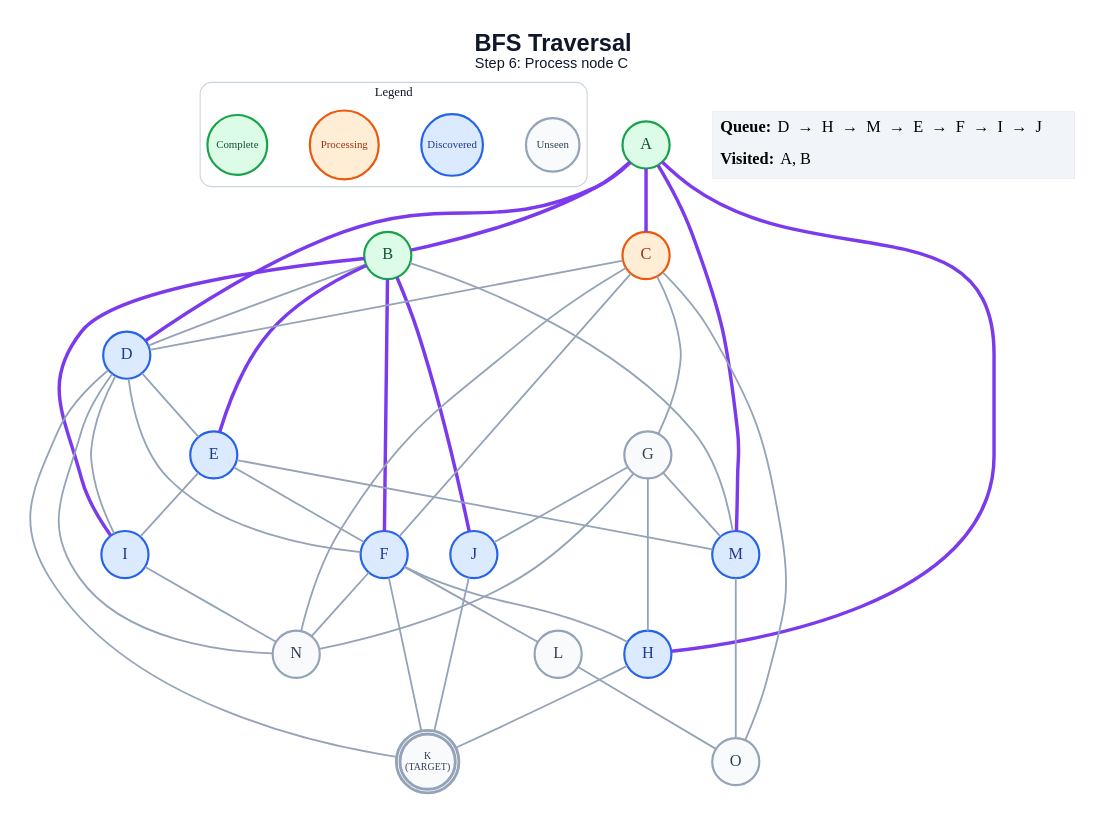
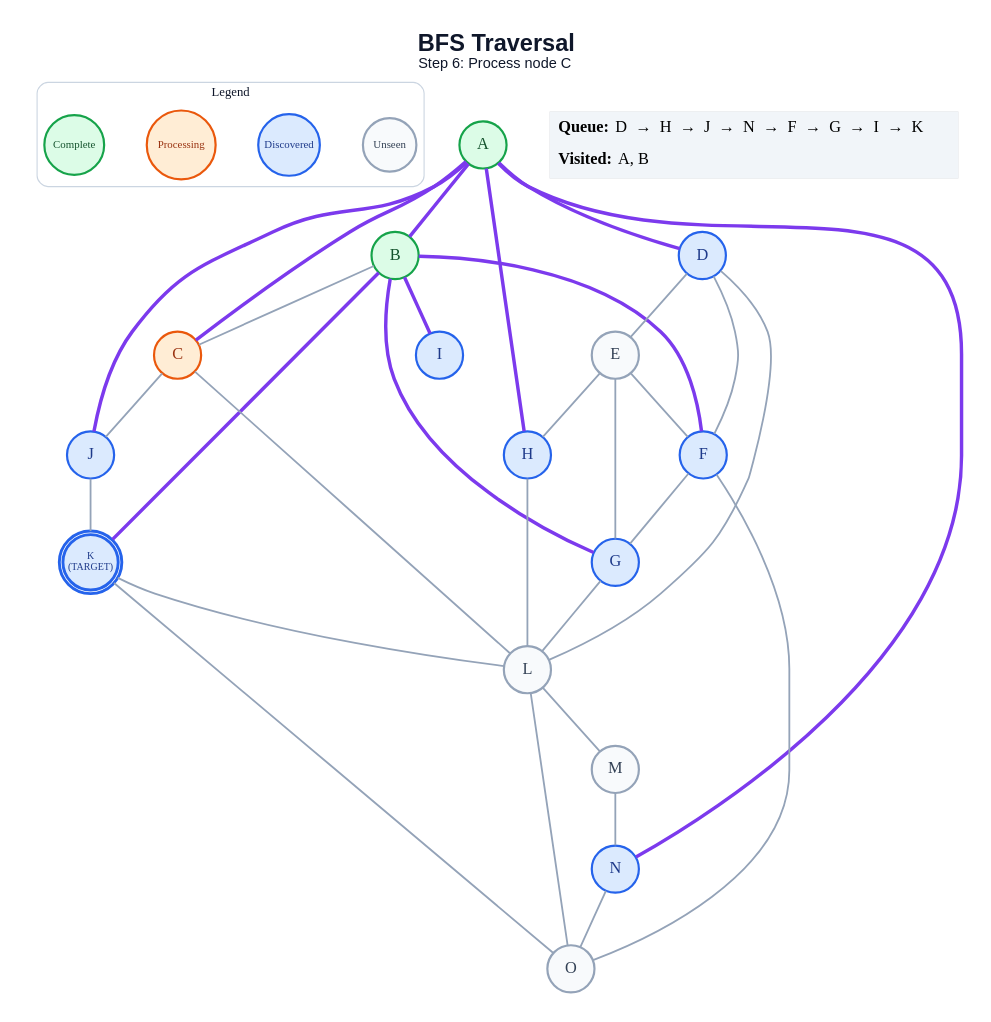
Before and after one commit to anon7238593-create/ai-slop: the diagram in generated/specific-node/bfs/step_06.dot, drawn with Graphviz. The commit also changed 265 other files, not shown here.

```diff
--- a/generated/specific-node/bfs/step_06.dot
+++ b/generated/specific-node/bfs/step_06.dot
@@ -1,71 +1,64 @@
 graph traversal {
   graph [layout=dot, rankdir=TB, bgcolor="#FFFFFF", pad="0.35", nodesep="0.65", ranksep="0.8", fontname="Arial"];
   node [shape=circle, style="filled", fontname="Arial Bold", fontsize=18, width=0.72, fixedsize=true, penwidth=2.4];
   edge [color="#94A3B8", penwidth=2.0];
   label=<<B>BFS Traversal</B><BR/><FONT POINT-SIZE="16">Step 6: Process node C</FONT>>; labelloc="t"; fontsize=26; fontname="Arial"; fontcolor="#0F172A";
   subgraph cluster_legend { label="Legend"; color="#CBD5E1"; penwidth=1.2; style="rounded"; fontsize=14; fontname="Arial Bold";
     key_unseen [label="Unseen", fillcolor="#F8FAFC", color="#94A3B8", fontcolor="#334155", fontsize=12, width=0.82];
     key_frontier [label="Discovered", fillcolor="#DBEAFE", color="#2563EB", fontcolor="#1E3A8A", fontsize=12, width=0.95];
     key_current [label="Processing", fillcolor="#FFEDD5", color="#EA580C", fontcolor="#9A3412", fontsize=12, width=1.05];
     key_done [label="Complete", fillcolor="#DCFCE7", color="#16A34A", fontcolor="#14532D", fontsize=12, width=0.92];
     { rank=same; key_unseen; key_frontier; key_current; key_done; }
   }
   A [label="A", fillcolor="#DCFCE7", color="#16A34A", fontcolor="#14532D", peripheries=1, penwidth=2.4];
   B [label="B", fillcolor="#DCFCE7", color="#16A34A", fontcolor="#14532D", peripheries=1, penwidth=2.4];
   C [label="C", fillcolor="#FFEDD5", color="#EA580C", fontcolor="#9A3412", peripheries=1, penwidth=2.4];
   D [label="D", fillcolor="#DBEAFE", color="#2563EB", fontcolor="#1E3A8A", peripheries=1, penwidth=2.4];
-  E [label="E", fillcolor="#DBEAFE", color="#2563EB", fontcolor="#1E3A8A", peripheries=1, penwidth=2.4];
+  E [label="E", fillcolor="#F8FAFC", color="#94A3B8", fontcolor="#334155", peripheries=1, penwidth=2.4];
   F [label="F", fillcolor="#DBEAFE", color="#2563EB", fontcolor="#1E3A8A", peripheries=1, penwidth=2.4];
-  G [label="G", fillcolor="#F8FAFC", color="#94A3B8", fontcolor="#334155", peripheries=1, penwidth=2.4];
+  G [label="G", fillcolor="#DBEAFE", color="#2563EB", fontcolor="#1E3A8A", peripheries=1, penwidth=2.4];
   H [label="H", fillcolor="#DBEAFE", color="#2563EB", fontcolor="#1E3A8A", peripheries=1, penwidth=2.4];
   I [label="I", fillcolor="#DBEAFE", color="#2563EB", fontcolor="#1E3A8A", peripheries=1, penwidth=2.4];
   J [label="J", fillcolor="#DBEAFE", color="#2563EB", fontcolor="#1E3A8A", peripheries=1, penwidth=2.4];
-  K [label="K\n(TARGET)", fillcolor="#F8FAFC", color="#94A3B8", fontcolor="#334155", peripheries=2, penwidth=3.2, fontsize=11, width=0.85, height=0.85];
+  K [label="K\n(TARGET)", fillcolor="#DBEAFE", color="#2563EB", fontcolor="#1E3A8A", peripheries=2, penwidth=3.2, fontsize=11, width=0.85, height=0.85];
   L [label="L", fillcolor="#F8FAFC", color="#94A3B8", fontcolor="#334155", peripheries=1, penwidth=2.4];
-  M [label="M", fillcolor="#DBEAFE", color="#2563EB", fontcolor="#1E3A8A", peripheries=1, penwidth=2.4];
-  N [label="N", fillcolor="#F8FAFC", color="#94A3B8", fontcolor="#334155", peripheries=1, penwidth=2.4];
+  M [label="M", fillcolor="#F8FAFC", color="#94A3B8", fontcolor="#334155", peripheries=1, penwidth=2.4];
+  N [label="N", fillcolor="#DBEAFE", color="#2563EB", fontcolor="#1E3A8A", peripheries=1, penwidth=2.4];
   O [label="O", fillcolor="#F8FAFC", color="#94A3B8", fontcolor="#334155", peripheries=1, penwidth=2.4];
   A -- B [color="#7C3AED", penwidth=3.8];
   A -- C [color="#7C3AED", penwidth=3.8];
   A -- D [color="#7C3AED", penwidth=3.8];
   A -- H [color="#7C3AED", penwidth=3.8];
-  A -- M [color="#7C3AED", penwidth=3.8];
-  B -- D;
-  B -- E [color="#7C3AED", penwidth=3.8];
+  A -- J [color="#7C3AED", penwidth=3.8];
+  A -- N [color="#7C3AED", penwidth=3.8];
+  B -- C;
   B -- F [color="#7C3AED", penwidth=3.8];
+  B -- G [color="#7C3AED", penwidth=3.8];
   B -- I [color="#7C3AED", penwidth=3.8];
-  B -- J [color="#7C3AED", penwidth=3.8];
-  B -- M;
-  C -- D;
-  C -- F;
-  C -- G;
-  C -- N;
-  C -- O;
+  B -- K [color="#7C3AED", penwidth=3.8];
+  C -- J;
+  C -- L;
   D -- E;
   D -- F;
-  D -- I;
-  D -- K;
-  D -- N;
+  D -- L;
   E -- F;
-  E -- I;
-  E -- M;
-  F -- H;
-  F -- K;
-  F -- L;
-  F -- N;
-  G -- H;
-  G -- J;
-  G -- M;
-  G -- N;
-  H -- K;
-  I -- N;
+  E -- G;
+  E -- H;
+  F -- G;
+  F -- O;
+  G -- L;
+  H -- L;
   J -- K;
+  K -- L;
+  K -- O;
+  L -- M;
   L -- O;
-  M -- O;
+  M -- N;
+  N -- O;
   status [shape=plain, fixedsize=false, width=0, height=0, margin=0, label=<
     <TABLE BORDER="0" CELLBORDER="0" CELLPADDING="7" BGCOLOR="#F1F5F9">
-      <TR><TD ALIGN="LEFT"><B>Queue:</B> D  →  H  →  M  →  E  →  F  →  I  →  J</TD></TR>
+      <TR><TD ALIGN="LEFT"><B>Queue:</B> D  →  H  →  J  →  N  →  F  →  G  →  I  →  K</TD></TR>
       <TR><TD ALIGN="LEFT"><B>Visited:</B> A, B</TD></TR>
     </TABLE>
   >];
 }
```
